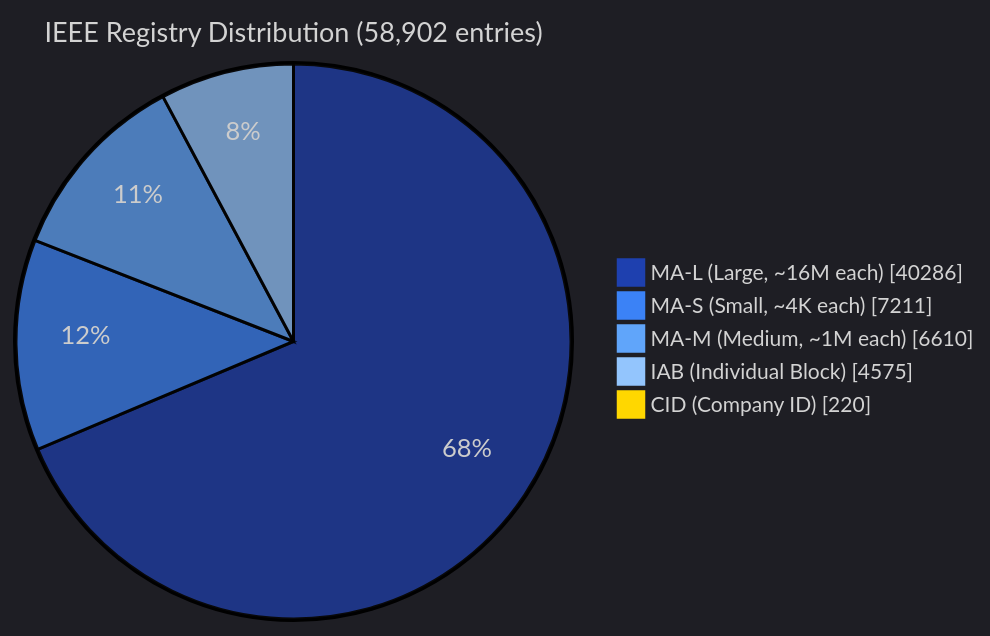
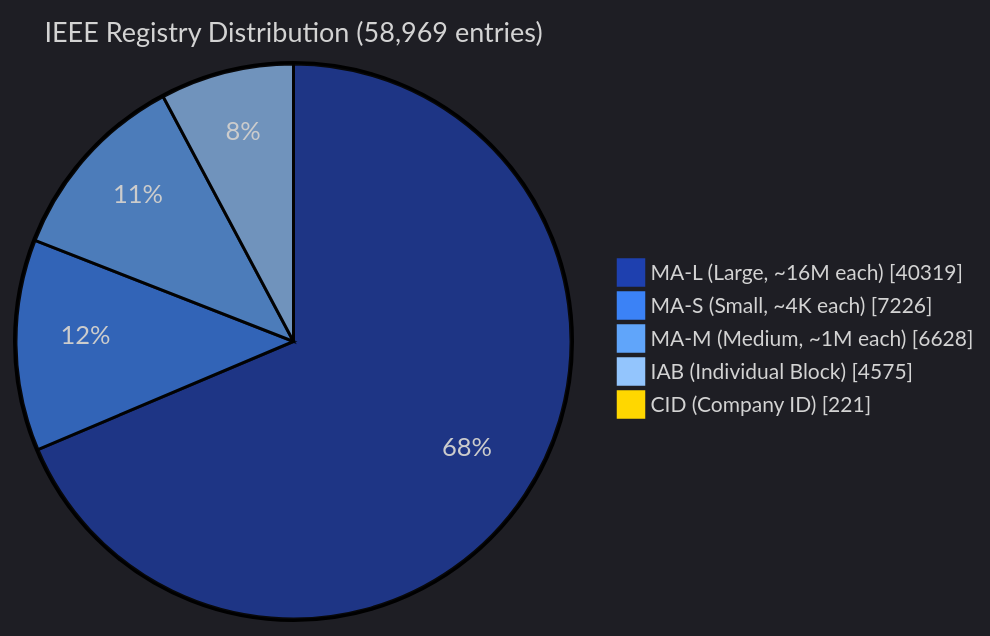
One commit to zqf20096327/dbhub_collect changed the third of 5 diagrams in data/readmes/Ringmast4r__OUI-Master-Database.md. Above: the diagram before and after it, drawn with Mermaid. The commit also changed other lines of this file and 538 other files, not shown here.

````diff
--- a/data/readmes/Ringmast4r__OUI-Master-Database.md
+++ b/data/readmes/Ringmast4r__OUI-Master-Database.md
@@ -133,10 +133,10 @@
 ```mermaid
 %%{init: {'theme':'dark', 'themeVariables': {'pie1':'#1E40AF','pie2':'#3B82F6','pie3':'#60A5FA','pie4':'#93C5FD','pie5':'#FFD700','pieTitleTextSize':'18px','pieLegendTextSize':'14px'}}}%%
 pie showData
-    title IEEE Registry Distribution (58,902 entries)
-    "MA-L (Large, ~16M each)" : 40286
-    "MA-S (Small, ~4K each)" : 7211
-    "MA-M (Medium, ~1M each)" : 6610
+    title IEEE Registry Distribution (58,969 entries)
+    "MA-L (Large, ~16M each)" : 40319
+    "MA-S (Small, ~4K each)" : 7226
+    "MA-M (Medium, ~1M each)" : 6628
     "IAB (Individual Block)" : 4575
-    "CID (Company ID)" : 220
+    "CID (Company ID)" : 221
 ```
````
